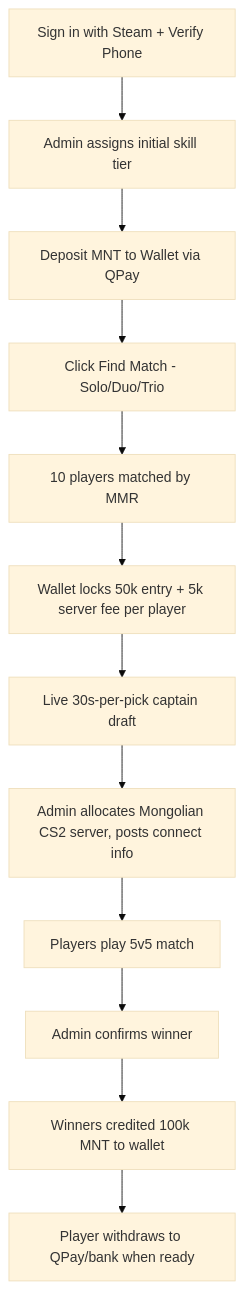
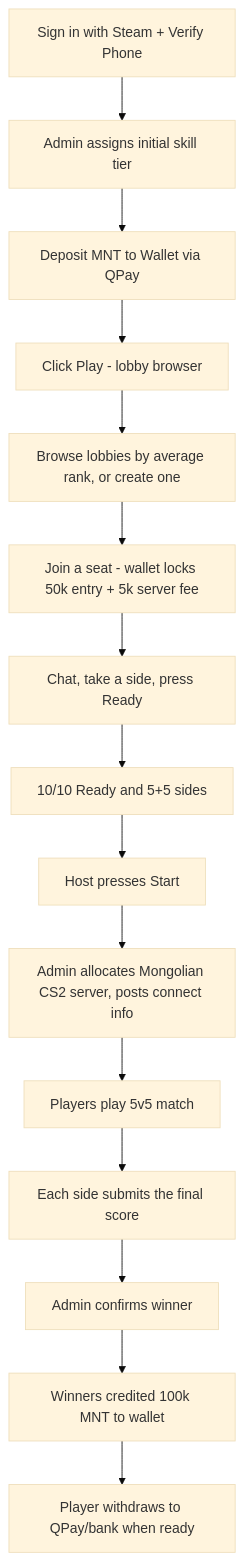
Before and after one commit to Chinkhusel14/bulaa: the diagram in docs/PRD.md, drawn with Mermaid (base theme). The commit also changed other lines of this file and 5 other files, not shown here.

````diff
--- a/docs/PRD.md
+++ b/docs/PRD.md
@@ -100,14 +111,17 @@
 ```mermaid
 flowchart TD
     SignUp[Sign in with Steam + Verify Phone] --> KYC[Admin assigns initial skill tier]
     KYC --> Deposit[Deposit MNT to Wallet via QPay]
-    Deposit --> Queue[Click Find Match - Solo/Duo/Trio]
-    Queue --> Matched["10 players matched by MMR"]
-    Matched --> EscrowHold[Wallet locks 50k entry + 5k server fee per player]
-    EscrowHold --> Draft[Live 30s-per-pick captain draft]
-    Draft --> ServerReady[Admin allocates Mongolian CS2 server, posts connect info]
+    Deposit --> Play[Click Play - lobby browser]
+    Play --> Pick["Browse lobbies by average rank, or create one"]
+    Pick --> Join["Join a seat - wallet locks 50k entry + 5k server fee"]
+    Join --> Lobby["Chat, take a side, press Ready"]
+    Lobby --> AllReady["10/10 Ready and 5+5 sides"]
+    AllReady --> Start[Host presses Start]
+    Start --> ServerReady[Admin allocates Mongolian CS2 server, posts connect info]
     ServerReady --> Match[Players play 5v5 match]
-    Match --> AdminConfirm[Admin confirms winner]
+    Match --> Scores[Each side submits the final score]
+    Scores --> AdminConfirm[Admin confirms winner]
     AdminConfirm --> Payout[Winners credited 100k MNT to wallet]
     Payout --> Withdraw[Player withdraws to QPay/bank when ready]
 ```
````
